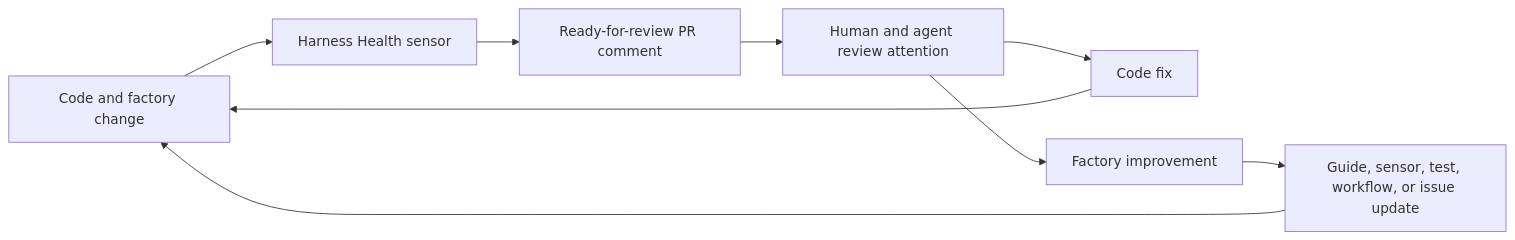
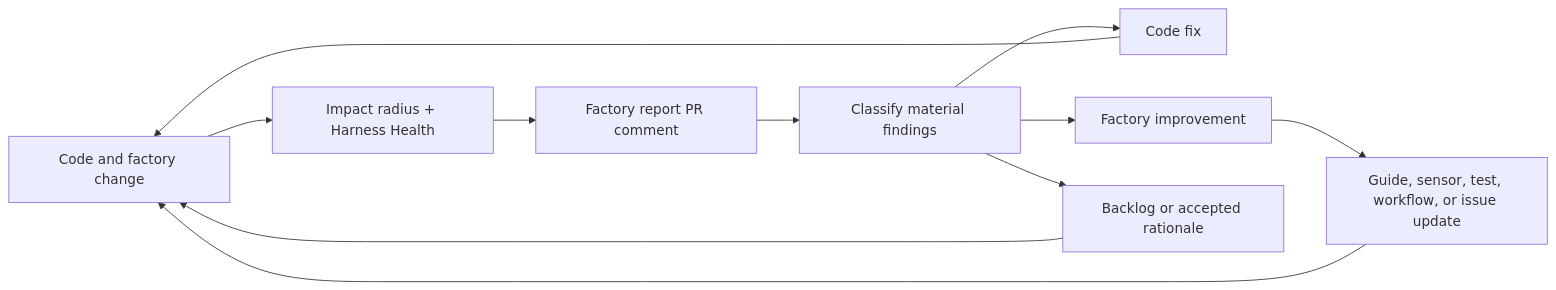
Before and after one commit to sruj75/Intentive: the diagram in docs/FACTORY.md, drawn with Mermaid. The commit also changed other lines of this file and 29 other files, not shown here.

First line of the commit message:
feat(harness): add factory report sensor and self-improvement loop (#67)

````diff
--- a/docs/FACTORY.md
+++ b/docs/FACTORY.md
@@ -155,11 +102,13 @@
 ```mermaid
 flowchart LR
-  A["Code and factory change"] --> B["Harness Health sensor"]
-  B --> C["Ready-for-review PR comment"]
-  C --> D["Human and agent review attention"]
+  A["Code and factory change"] --> B["Impact radius + Harness Health"]
+  B --> C["Factory report PR comment"]
+  C --> D["Classify material findings"]
   D --> E["Code fix"]
   D --> F["Factory improvement"]
+  D --> H["Backlog or accepted rationale"]
   F --> G["Guide, sensor, test, workflow, or issue update"]
   E --> A
   G --> A
+  H --> A
 ```
````
